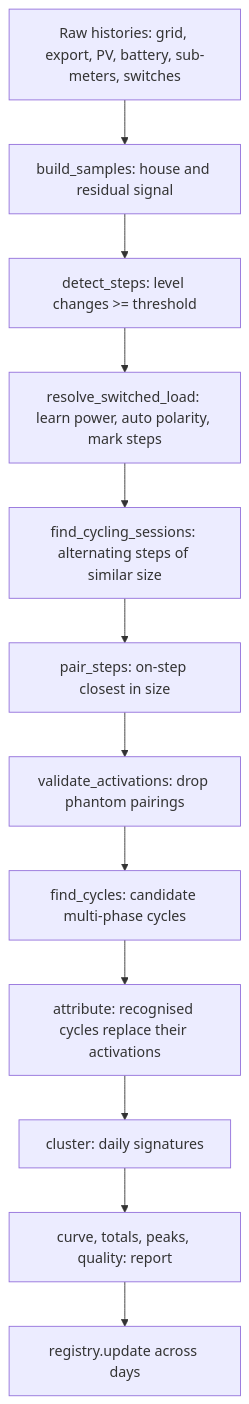
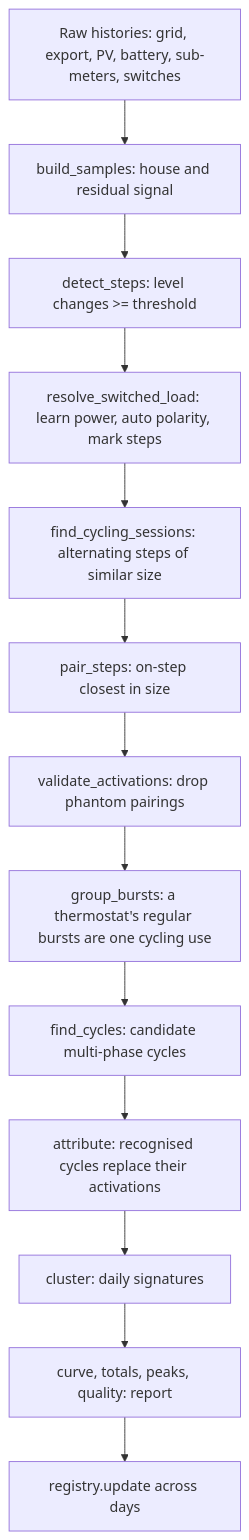
Before and after one commit to Aarklendoia/ha-energy-mapper: the fourth of 7 diagrams in docs/design.md, drawn with Mermaid. The commit also changed other lines of this file and 10 other files, not shown here.

First line of the commit message:
Group the regular bursts of a thermostat into one cycling use (#87) (#91)

````diff
--- a/docs/design.md
+++ b/docs/design.md
@@ -326,14 +326,15 @@
 ```mermaid
 flowchart TD
   H[Raw histories: grid, export, PV, battery, sub-meters, switches] --> S[build_samples: house and residual signal]
   S --> D[detect_steps: level changes >= threshold]
   D --> K[resolve_switched_load: learn power, auto polarity, mark steps]
   K --> C[find_cycling_sessions: alternating steps of similar size]
   C --> P[pair_steps: on-step closest in size]
   P --> V[validate_activations: drop phantom pairings]
-  V --> MC[find_cycles: candidate multi-phase cycles]
+  V --> B[group_bursts: a thermostat's regular bursts are one cycling use]
+  B --> MC[find_cycles: candidate multi-phase cycles]
   MC --> MA[attribute: recognised cycles replace their activations]
   MA --> G[cluster: daily signatures]
   G --> R[curve, totals, peaks, quality: report]
   R --> RG[registry.update across days]
 ```
````
